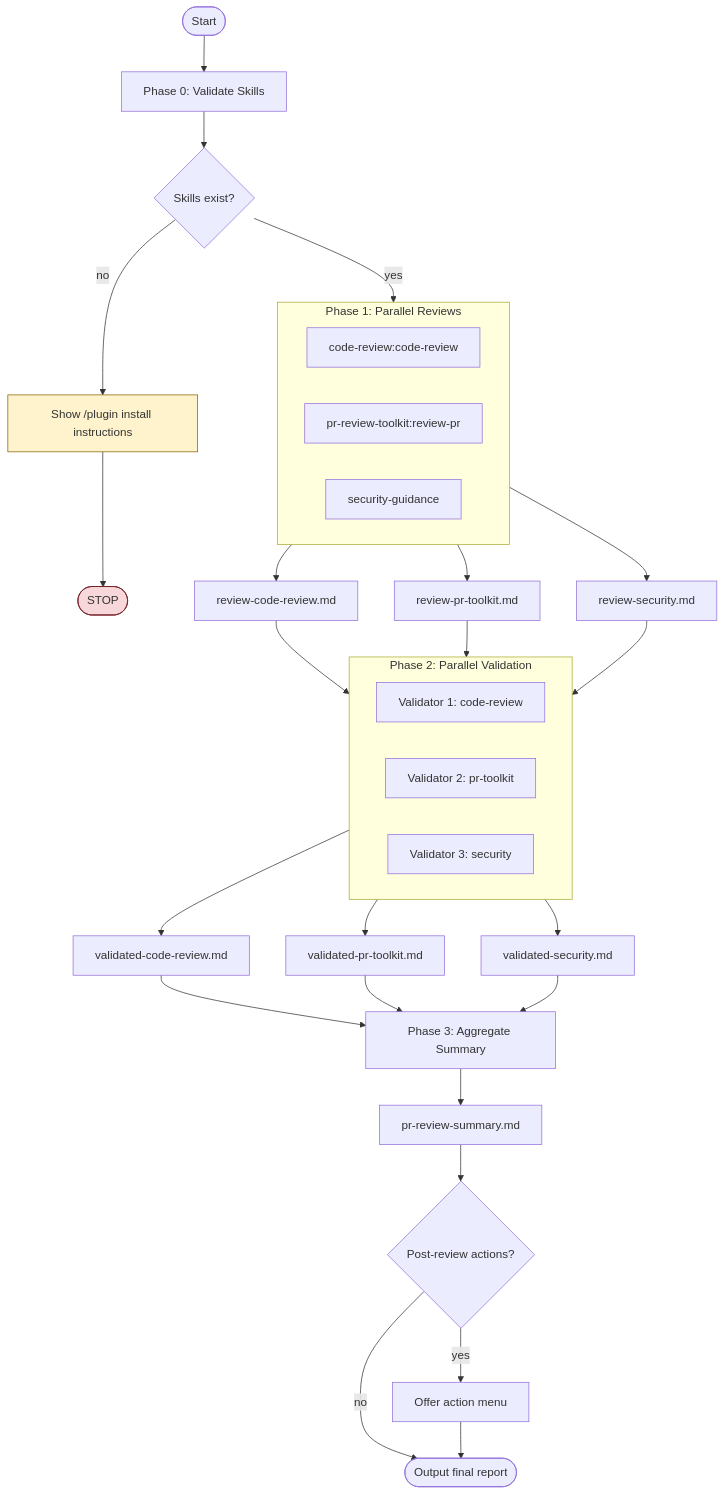
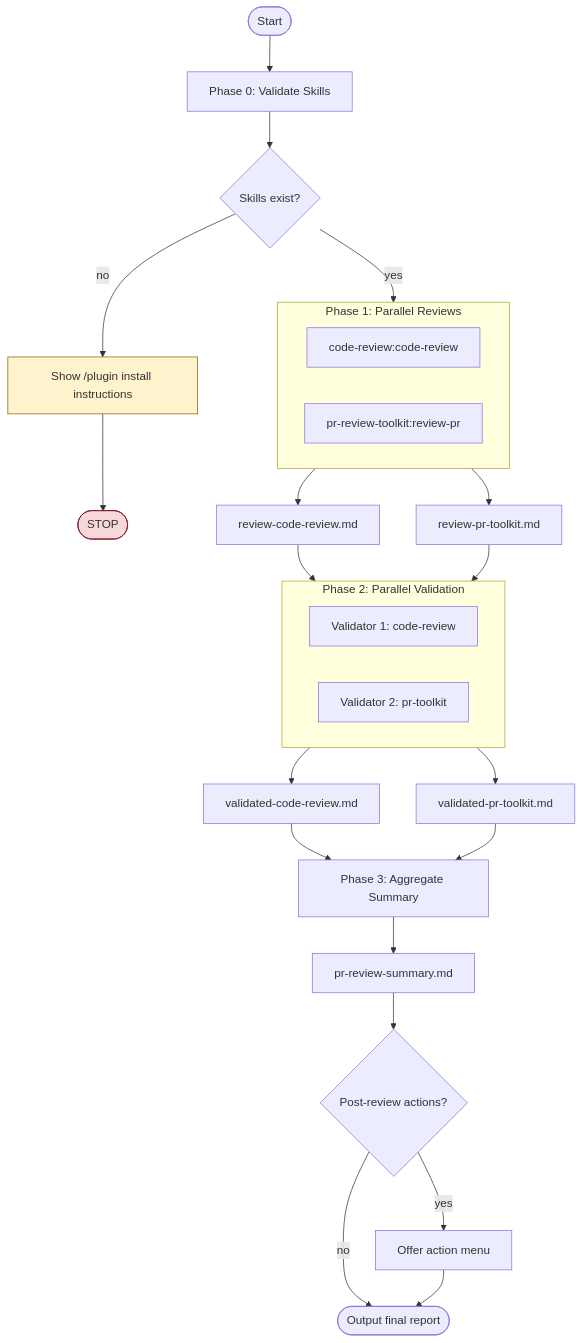
Before and after one commit to gchiam/claude-code-plugins: the diagram in skills/parallel-pr-review/SKILL.md, drawn with Mermaid. The commit also changed other lines of this file and 2 other files, not shown here.

First line of the commit message:
Simplify parallel-pr-review to 2 agents with explicit Task tool config

````diff
--- a/skills/parallel-pr-review/SKILL.md
+++ b/skills/parallel-pr-review/SKILL.md
@@ -28,53 +78,47 @@
 ```mermaid
 flowchart TB
     Start([Start])
     Phase0[Phase 0: Validate Skills]
     SkillsExist{Skills exist?}
     ShowInstall[Show /plugin install instructions]:::warning
     Stop([STOP]):::error
     Output([Output final report])
 
     Start --> Phase0
     Phase0 --> SkillsExist
     SkillsExist -->|no| ShowInstall
     ShowInstall --> Stop
     SkillsExist -->|yes| Phase1
 
     subgraph Phase1[Phase 1: Parallel Reviews]
         direction LR
         R1[code-review:code-review]
         R2[pr-review-toolkit:review-pr]
-        R3[security-guidance]
     end
 
     Phase1 --> Save1[review-code-review.md]
     Phase1 --> Save2[review-pr-toolkit.md]
-    Phase1 --> Save3[review-security.md]
     Save1 --> Phase2
     Save2 --> Phase2
-    Save3 --> Phase2
 
     subgraph Phase2[Phase 2: Parallel Validation]
         direction LR
         V1[Validator 1: code-review]
         V2[Validator 2: pr-toolkit]
-        V3[Validator 3: security]
     end
 
     Phase2 --> VSave1[validated-code-review.md]
     Phase2 --> VSave2[validated-pr-toolkit.md]
-    Phase2 --> VSave3[validated-security.md]
     VSave1 --> Phase3
     VSave2 --> Phase3
-    VSave3 --> Phase3
 
     Phase3[Phase 3: Aggregate Summary]
     Phase3 --> Summary[pr-review-summary.md]
     Summary --> PostActions{Post-review actions?}
     PostActions -->|yes| Actions[Offer action menu]
     PostActions -->|no| Output
     Actions --> Output
 
     classDef warning fill:#fff3cd,stroke:#856404
     classDef error fill:#f8d7da,stroke:#721c24
 ```
````
